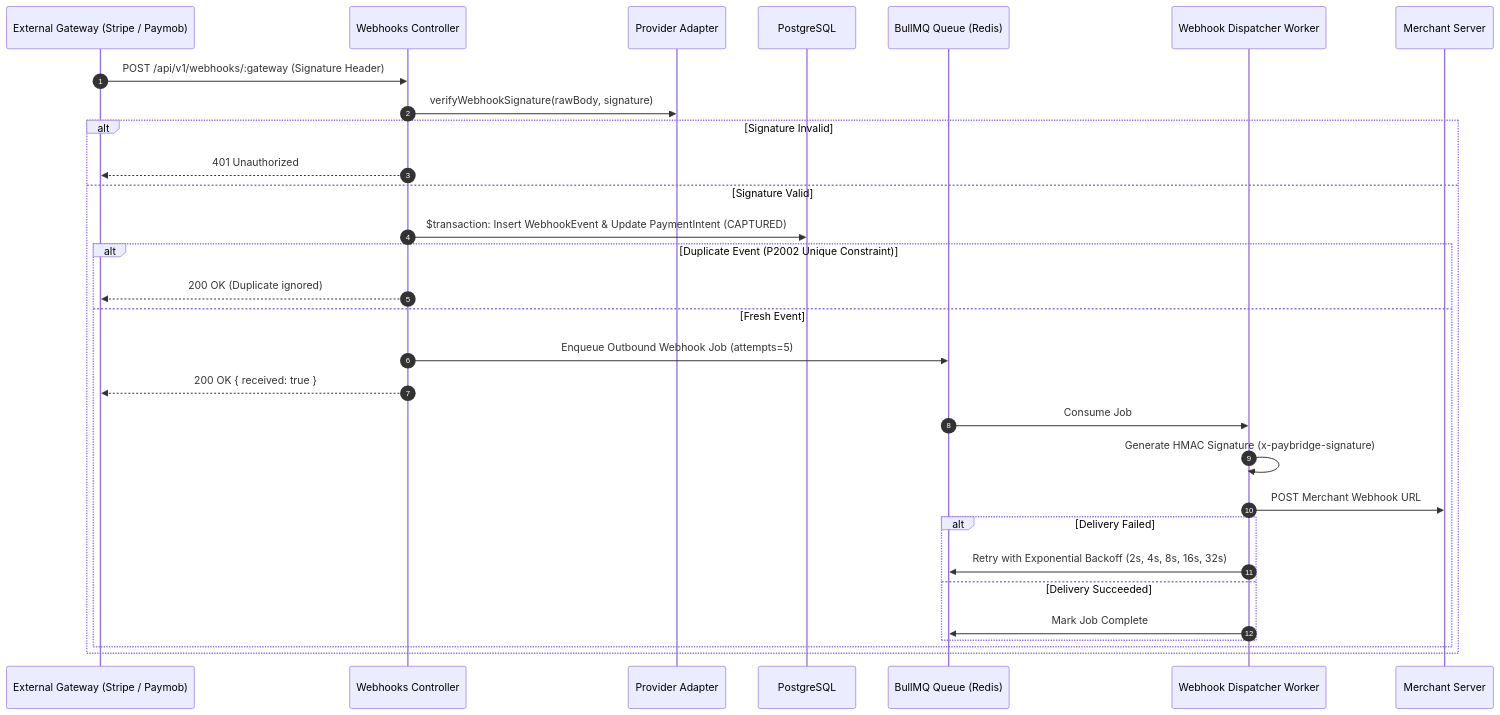
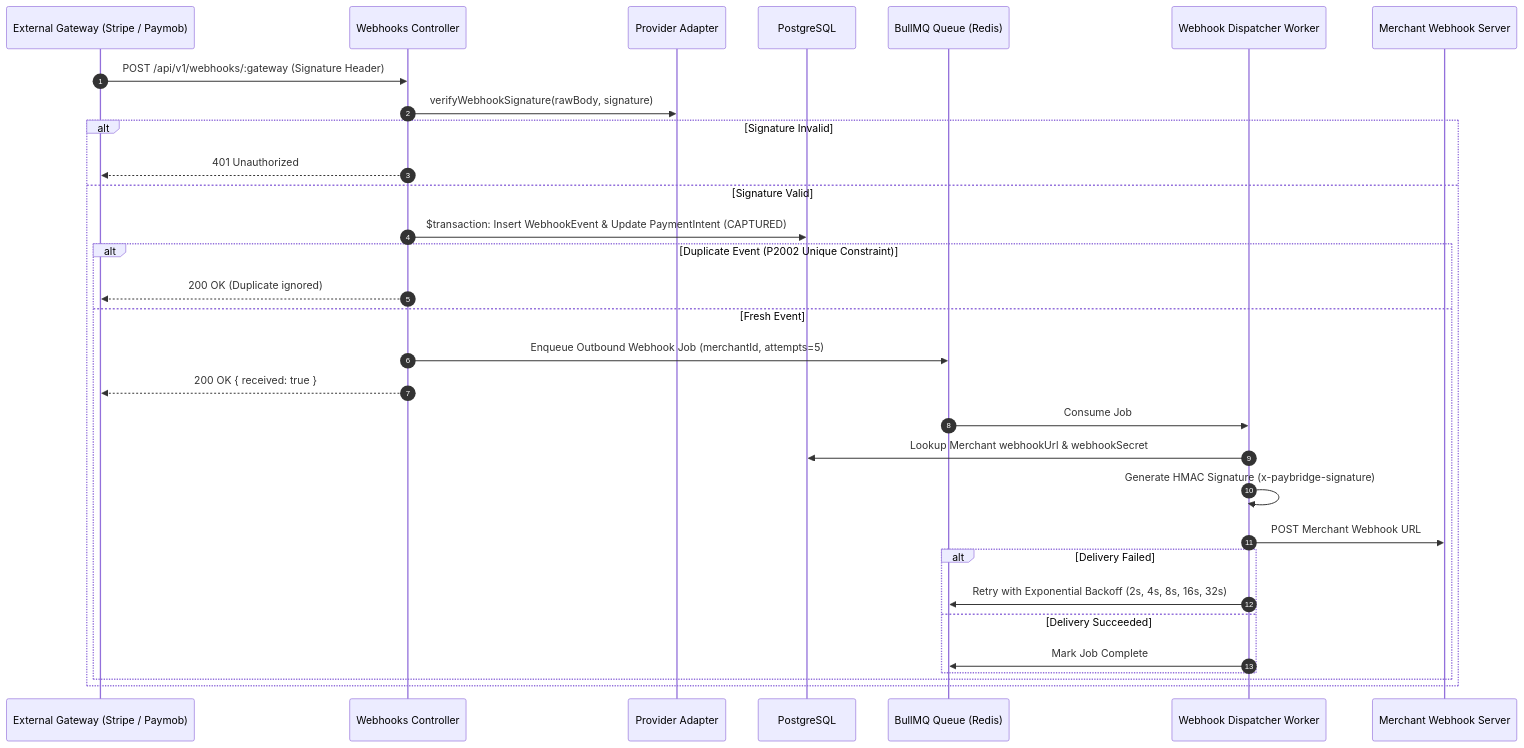
Before and after one commit to mo74x/paybridge: the fourth of 5 diagrams in README.md, drawn with Mermaid. The commit also changed other lines of this file, not shown here.

Commit message:
docs: update README with multi-tenant architecture and API reference

````diff
--- a/README.md
+++ b/README.md
@@ -185,33 +231,34 @@
 ```mermaid
 sequenceDiagram
     autonumber
     participant Gateway as External Gateway (Stripe / Paymob)
     participant WebhookCtrl as Webhooks Controller
     participant Provider as Provider Adapter
     participant DB as PostgreSQL
     participant BullMQ as BullMQ Queue (Redis)
     participant Worker as Webhook Dispatcher Worker
-    participant Merchant as Merchant Server
+    participant Merchant as Merchant Webhook Server
 
     Gateway->>WebhookCtrl: POST /api/v1/webhooks/:gateway (Signature Header)
     WebhookCtrl->>Provider: verifyWebhookSignature(rawBody, signature)
     alt Signature Invalid
         WebhookCtrl-->>Gateway: 401 Unauthorized
     else Signature Valid
         WebhookCtrl->>DB: $transaction: Insert WebhookEvent & Update PaymentIntent (CAPTURED)
         alt Duplicate Event (P2002 Unique Constraint)
             WebhookCtrl-->>Gateway: 200 OK (Duplicate ignored)
         else Fresh Event
-            WebhookCtrl->>BullMQ: Enqueue Outbound Webhook Job (attempts=5)
+            WebhookCtrl->>BullMQ: Enqueue Outbound Webhook Job (merchantId, attempts=5)
             WebhookCtrl-->>Gateway: 200 OK { received: true }
             BullMQ->>Worker: Consume Job
+            Worker->>DB: Lookup Merchant webhookUrl & webhookSecret
             Worker->>Worker: Generate HMAC Signature (x-paybridge-signature)
             Worker->>Merchant: POST Merchant Webhook URL
             alt Delivery Failed
                 Worker->>BullMQ: Retry with Exponential Backoff (2s, 4s, 8s, 16s, 32s)
             else Delivery Succeeded
                 Worker->>BullMQ: Mark Job Complete
             end
         end
     end
 ```
````
